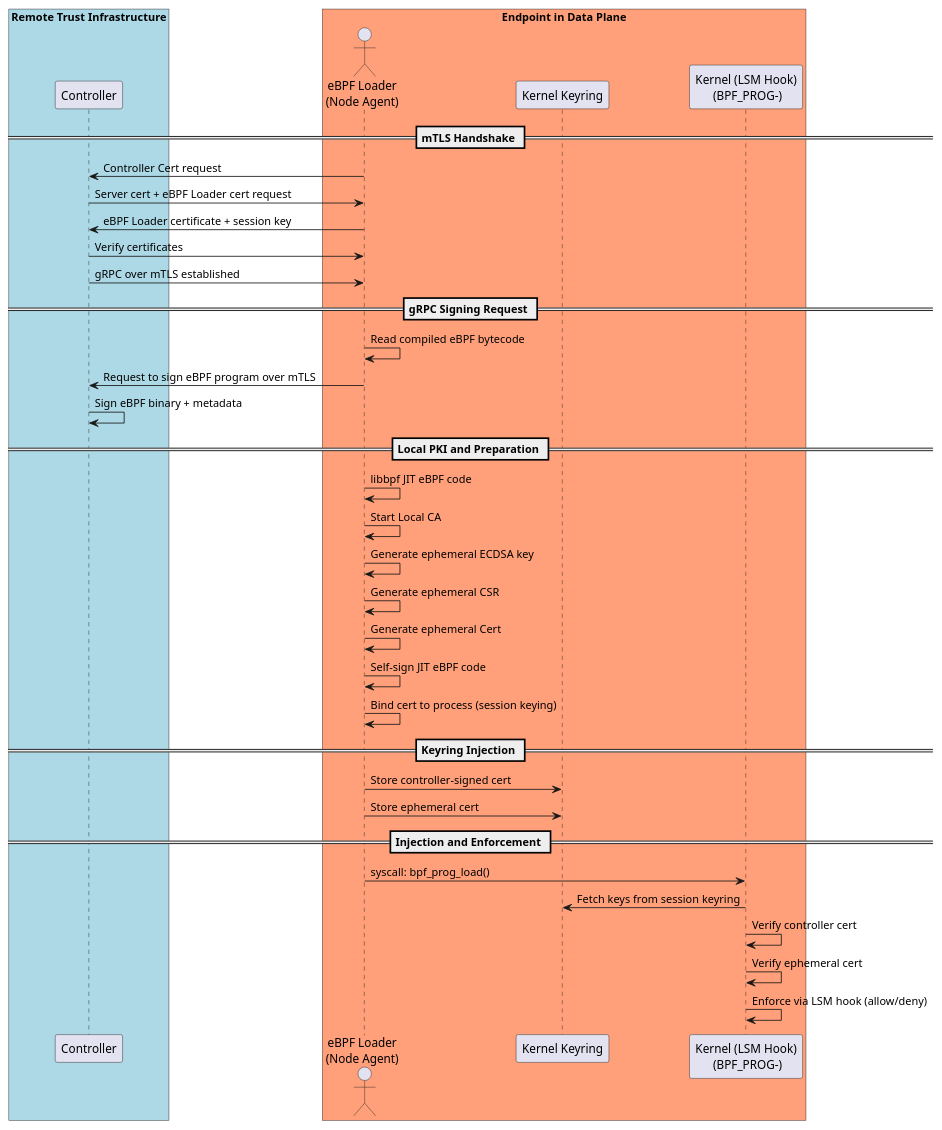
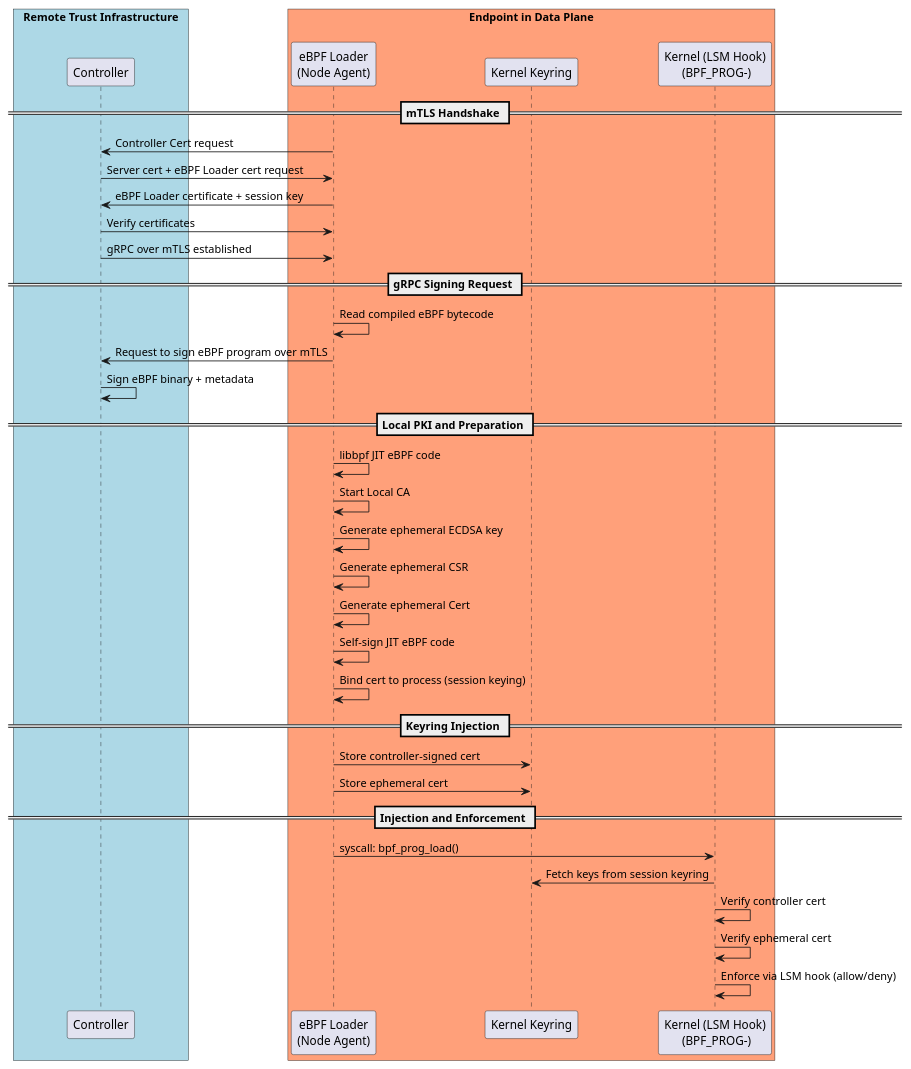
Before and after one commit to Synarcs/Data-Exfiltration-Security-Framework: the diagram in docs/crypto/crypto.puml, drawn with PlantUML. The commit also changed 14 other files, not shown here.

Commit message:
added and fixed macros for dns parsing in kernel && modified architecture diagram flow for kernel LSM and sign of ebpf progs

```diff
--- a/docs/crypto/crypto.puml
+++ b/docs/crypto/crypto.puml
@@ -1,51 +1,52 @@
 @startuml
+!pragma teoz true
 ' Set the skin parameters
 skinparam rectangle {
   BackgroundColor White
   BorderColor Black
 }
 
 box "Remote Trust Infrastructure" #LightBlue
   participant Controller
 end box
 
-box "Endpoint in Data Plane" #LightSalmon
-  actor "eBPF Loader\n(Node Agent)" as Loader
+box "Endpoint in Data Plane\n" #LightSalmon
+  participant "eBPF Loader\n(Node Agent)" as Loader
   participant "Kernel Keyring" as Keyring
   participant "Kernel (LSM Hook)\n (BPF_PROG-)" as Kernel
 end box
 
 == mTLS Handshake ==
 Loader -> Controller : Controller Cert request
 Controller -> Loader : Server cert + eBPF Loader cert request
 Loader -> Controller : eBPF Loader certificate + session key
 Controller -> Loader : Verify certificates 
 Controller -> Loader : gRPC over mTLS established
 
 == gRPC Signing Request ==
 Loader -> Loader : Read compiled eBPF bytecode
 Loader -> Controller : Request to sign eBPF program over mTLS
 Controller -> Controller : Sign eBPF binary + metadata
 ' Controller -> Loader : Return signed cert + controller public key
 
 == Local PKI and Preparation ==
 Loader -> Loader : libbpf JIT eBPF code
 Loader -> Loader : Start Local CA 
 Loader -> Loader : Generate ephemeral ECDSA key
 Loader -> Loader : Generate ephemeral CSR
 Loader -> Loader : Generate ephemeral Cert
 Loader -> Loader : Self-sign JIT eBPF code
 Loader -> Loader : Bind cert to process (session keying)
 
 == Keyring Injection ==
 Loader -> Keyring : Store controller-signed cert
 Loader -> Keyring : Store ephemeral cert
 
 == Injection and Enforcement ==
 Loader -> Kernel : syscall: bpf_prog_load()
 Kernel -> Keyring : Fetch keys from session keyring
 Kernel -> Kernel : Verify controller cert 
 Kernel -> Kernel : Verify ephemeral cert
 Kernel -> Kernel : Enforce via LSM hook (allow/deny)
 
 @enduml
```
